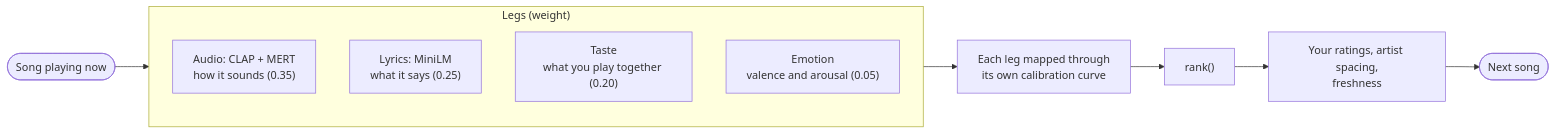
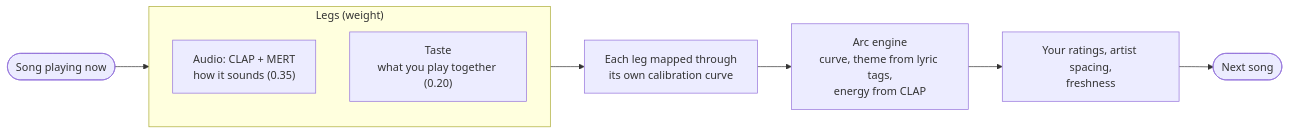
The first of 2 diagrams in README.md (IanTheMitten/muse-desktop), drawn with Mermaid before and after one commit. The commit also changed other lines of this file, not shown here.

Commit message:
docs: README describes arc-engine Radio and drops MiniLM and emotion models

````diff
--- a/README.md
+++ b/README.md
@@ -101,16 +104,14 @@
 ```mermaid
 flowchart LR
   seed(["Song playing now"])
   subgraph legs ["Legs (weight)"]
     direction TB
     audio["Audio: CLAP + MERT<br>how it sounds (0.35)"]
-    lyr["Lyrics: MiniLM<br>what it says (0.25)"]
     taste["Taste<br>what you play together (0.20)"]
-    emo["Emotion<br>valence and arousal (0.05)"]
   end
   cdf["Each leg mapped through<br>its own calibration curve"]
-  rank["rank()"]
+  arc["Arc engine<br>curve, theme from lyric tags,<br>energy from CLAP"]
   rules["Your ratings, artist spacing,<br>freshness"]
   next(["Next song"])
-  seed --> legs --> cdf --> rank --> rules --> next
+  seed --> legs --> cdf --> arc --> rules --> next
 ```
````
